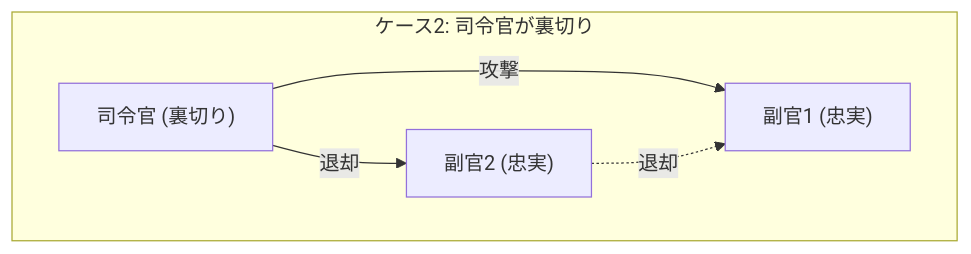
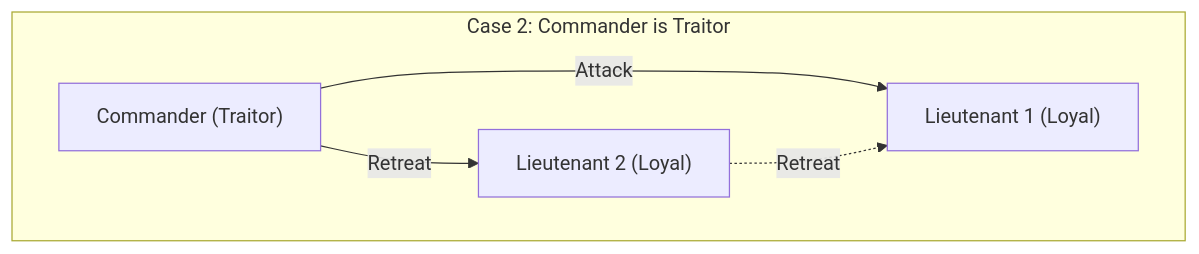
One commit to kenjinote/blog changed the third of 4 diagrams in content/post/byzantine-generals-problem/index.en.md. Above: the diagram before and after it, drawn with Mermaid. The commit also changed other lines of this file and 28 other files, not shown here.

Commit message:
Translate Japanese text inside Mermaid diagrams to respective languages

````diff
--- a/content/post/byzantine-generals-problem/index.en.md
+++ b/content/post/byzantine-generals-problem/index.en.md
@@ -86,8 +86,8 @@
 ```mermaid
 graph TD
-subgraph "ケース2: 司令官が裏切り"
-    C["司令官 (裏切り)"] -->|"攻撃"| L1["副官1 (忠実)"]
-    C -->|"退却"| L2["副官2 (忠実)"]
-    L2 -.->|"退却"| L1
+subgraph "Case 2: Commander is Traitor"
+    C["Commander (Traitor)"] -->|"Attack"| L1["Lieutenant 1 (Loyal)"]
+    C -->|"Retreat"| L2["Lieutenant 2 (Loyal)"]
+    L2 -.->|"Retreat"| L1
 end
 ```
````
